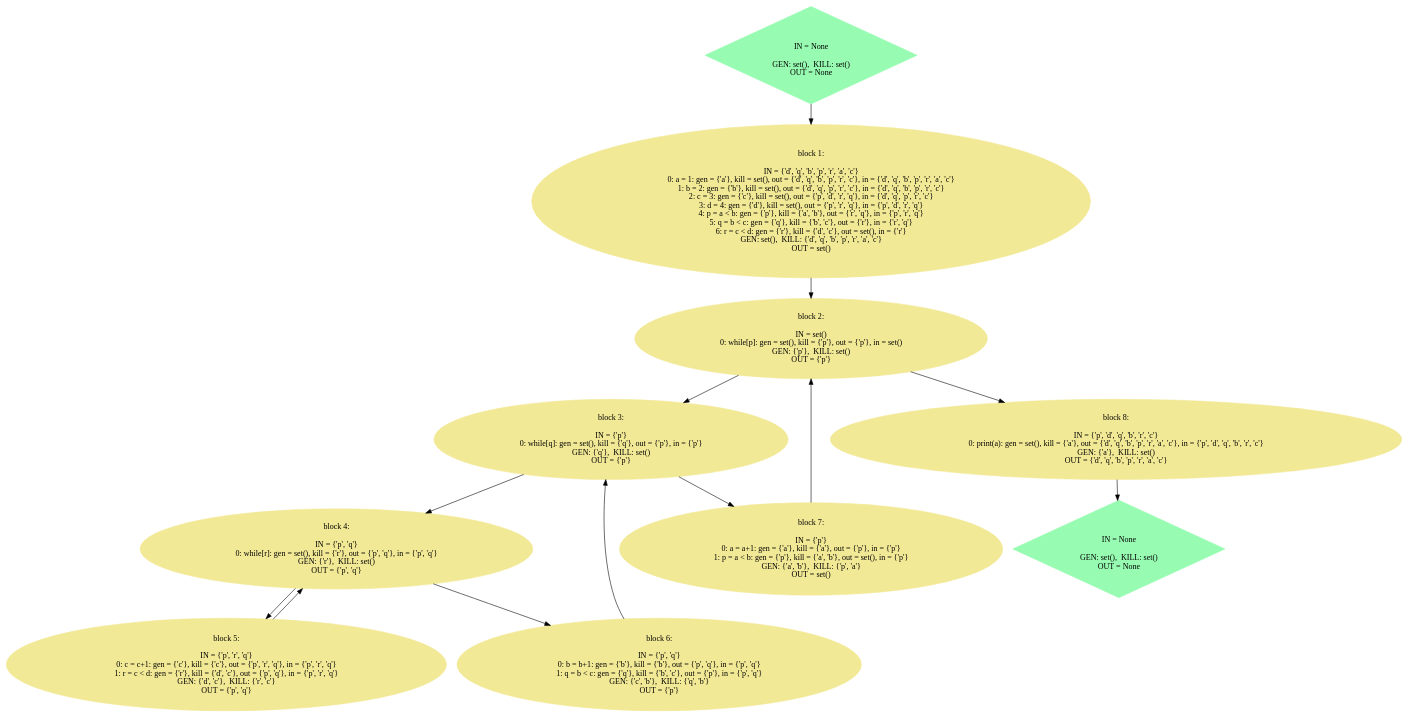
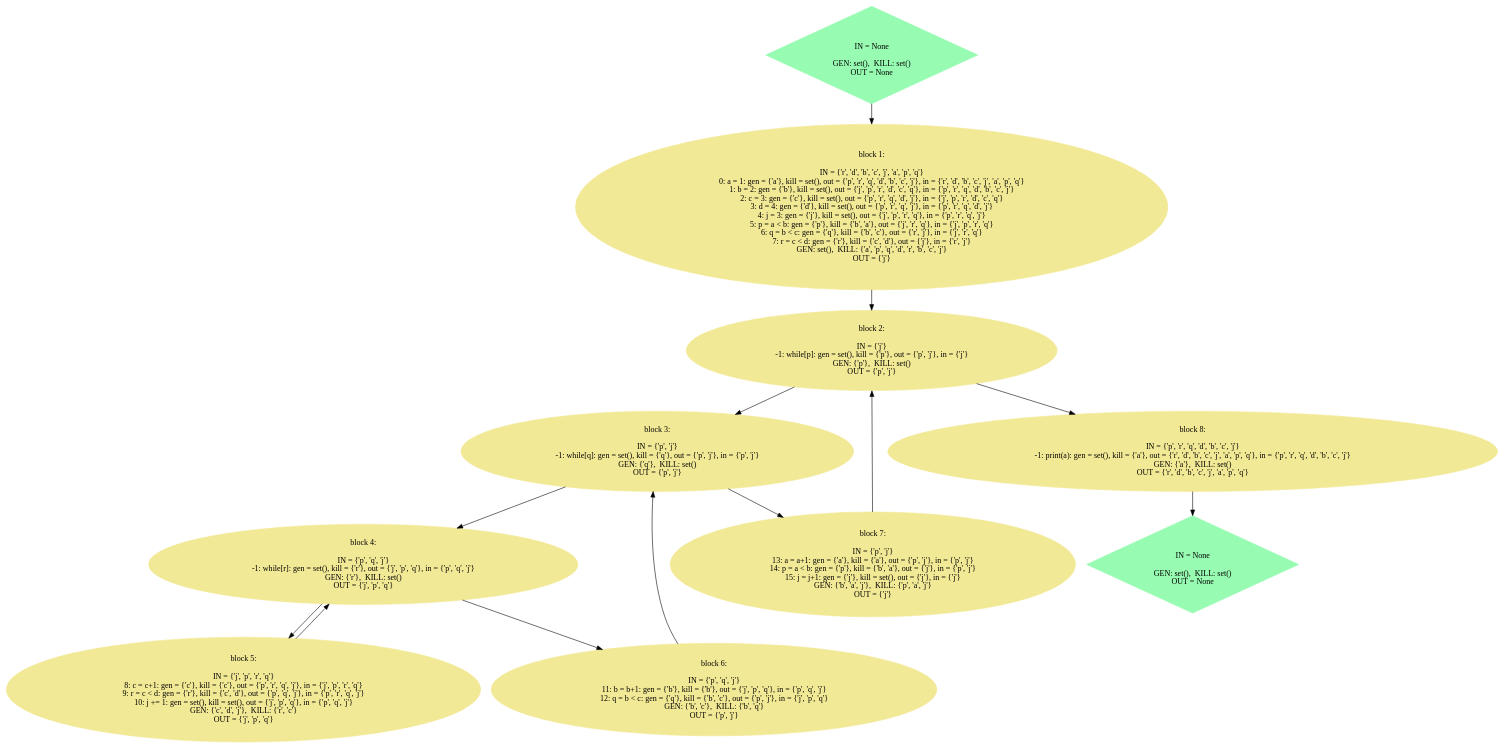
One commit to joelsunny/program-analysis changed the diagram in faintvariable/temp/test3.gv. Above: the diagram before and after it, drawn with Graphviz. The commit also changed 22 other files, not shown here.

```diff
--- a/faintvariable/temp/test3.gv
+++ b/faintvariable/temp/test3.gv
@@ -1,94 +1,97 @@
 // CFG
 digraph {
 	node [color="#97fcb2" shape=diamond style=filled]
 	0 [label="
 IN = None
 
 GEN: set(),  KILL: set() 
 OUT = None"]
 	node [color="#f2e996" shape=ellipse style=filled]
 	1 [label="block 1:
 
-IN = {'d', 'q', 'b', 'p', 'r', 'a', 'c'}
-0: a = 1: gen = {'a'}, kill = set(), out = {'d', 'q', 'b', 'p', 'r', 'c'}, in = {'d', 'q', 'b', 'p', 'r', 'a', 'c'} 
-1: b = 2: gen = {'b'}, kill = set(), out = {'d', 'q', 'p', 'r', 'c'}, in = {'d', 'q', 'b', 'p', 'r', 'c'} 
-2: c = 3: gen = {'c'}, kill = set(), out = {'p', 'd', 'r', 'q'}, in = {'d', 'q', 'p', 'r', 'c'} 
-3: d = 4: gen = {'d'}, kill = set(), out = {'p', 'r', 'q'}, in = {'p', 'd', 'r', 'q'} 
-4: p = a < b: gen = {'p'}, kill = {'a', 'b'}, out = {'r', 'q'}, in = {'p', 'r', 'q'} 
-5: q = b < c: gen = {'q'}, kill = {'b', 'c'}, out = {'r'}, in = {'r', 'q'} 
-6: r = c < d: gen = {'r'}, kill = {'d', 'c'}, out = set(), in = {'r'} 
-GEN: set(),  KILL: {'d', 'q', 'b', 'p', 'r', 'a', 'c'} 
-OUT = set()"]
+IN = {'r', 'd', 'b', 'c', 'j', 'a', 'p', 'q'}
+0: a = 1: gen = {'a'}, kill = set(), out = {'p', 'r', 'q', 'd', 'b', 'c', 'j'}, in = {'r', 'd', 'b', 'c', 'j', 'a', 'p', 'q'} 
+1: b = 2: gen = {'b'}, kill = set(), out = {'j', 'p', 'r', 'd', 'c', 'q'}, in = {'p', 'r', 'q', 'd', 'b', 'c', 'j'} 
+2: c = 3: gen = {'c'}, kill = set(), out = {'p', 'r', 'q', 'd', 'j'}, in = {'j', 'p', 'r', 'd', 'c', 'q'} 
+3: d = 4: gen = {'d'}, kill = set(), out = {'p', 'r', 'q', 'j'}, in = {'p', 'r', 'q', 'd', 'j'} 
+4: j = 3: gen = {'j'}, kill = set(), out = {'j', 'p', 'r', 'q'}, in = {'p', 'r', 'q', 'j'} 
+5: p = a < b: gen = {'p'}, kill = {'b', 'a'}, out = {'j', 'r', 'q'}, in = {'j', 'p', 'r', 'q'} 
+6: q = b < c: gen = {'q'}, kill = {'b', 'c'}, out = {'r', 'j'}, in = {'j', 'r', 'q'} 
+7: r = c < d: gen = {'r'}, kill = {'c', 'd'}, out = {'j'}, in = {'r', 'j'} 
+GEN: set(),  KILL: {'a', 'p', 'q', 'd', 'r', 'b', 'c', 'j'} 
+OUT = {'j'}"]
 	node [color="#f2e996" shape=ellipse style=filled]
 	2 [label="block 2:
 
-IN = set()
-0: while[p]: gen = set(), kill = {'p'}, out = {'p'}, in = set() 
+IN = {'j'}
+-1: while[p]: gen = set(), kill = {'p'}, out = {'p', 'j'}, in = {'j'} 
 GEN: {'p'},  KILL: set() 
-OUT = {'p'}"]
+OUT = {'p', 'j'}"]
 	node [color="#f2e996" shape=ellipse style=filled]
 	3 [label="block 3:
 
-IN = {'p'}
-0: while[q]: gen = set(), kill = {'q'}, out = {'p'}, in = {'p'} 
+IN = {'p', 'j'}
+-1: while[q]: gen = set(), kill = {'q'}, out = {'p', 'j'}, in = {'p', 'j'} 
 GEN: {'q'},  KILL: set() 
-OUT = {'p'}"]
+OUT = {'p', 'j'}"]
 	node [color="#f2e996" shape=ellipse style=filled]
 	4 [label="block 4:
 
-IN = {'p', 'q'}
-0: while[r]: gen = set(), kill = {'r'}, out = {'p', 'q'}, in = {'p', 'q'} 
+IN = {'p', 'q', 'j'}
+-1: while[r]: gen = set(), kill = {'r'}, out = {'j', 'p', 'q'}, in = {'p', 'q', 'j'} 
 GEN: {'r'},  KILL: set() 
-OUT = {'p', 'q'}"]
+OUT = {'j', 'p', 'q'}"]
 	node [color="#f2e996" shape=ellipse style=filled]
 	5 [label="block 5:
 
-IN = {'p', 'r', 'q'}
-0: c = c+1: gen = {'c'}, kill = {'c'}, out = {'p', 'r', 'q'}, in = {'p', 'r', 'q'} 
-1: r = c < d: gen = {'r'}, kill = {'d', 'c'}, out = {'p', 'q'}, in = {'p', 'r', 'q'} 
-GEN: {'d', 'c'},  KILL: {'r', 'c'} 
-OUT = {'p', 'q'}"]
+IN = {'j', 'p', 'r', 'q'}
+8: c = c+1: gen = {'c'}, kill = {'c'}, out = {'p', 'r', 'q', 'j'}, in = {'j', 'p', 'r', 'q'} 
+9: r = c < d: gen = {'r'}, kill = {'c', 'd'}, out = {'p', 'q', 'j'}, in = {'p', 'r', 'q', 'j'} 
+10: j += 1: gen = set(), kill = set(), out = {'j', 'p', 'q'}, in = {'p', 'q', 'j'} 
+GEN: {'c', 'd', 'j'},  KILL: {'r', 'c'} 
+OUT = {'j', 'p', 'q'}"]
 	node [color="#f2e996" shape=ellipse style=filled]
 	6 [label="block 6:
 
-IN = {'p', 'q'}
-0: b = b+1: gen = {'b'}, kill = {'b'}, out = {'p', 'q'}, in = {'p', 'q'} 
-1: q = b < c: gen = {'q'}, kill = {'b', 'c'}, out = {'p'}, in = {'p', 'q'} 
-GEN: {'c', 'b'},  KILL: {'q', 'b'} 
-OUT = {'p'}"]
+IN = {'p', 'q', 'j'}
+11: b = b+1: gen = {'b'}, kill = {'b'}, out = {'j', 'p', 'q'}, in = {'p', 'q', 'j'} 
+12: q = b < c: gen = {'q'}, kill = {'b', 'c'}, out = {'p', 'j'}, in = {'j', 'p', 'q'} 
+GEN: {'b', 'c'},  KILL: {'b', 'q'} 
+OUT = {'p', 'j'}"]
 	node [color="#f2e996" shape=ellipse style=filled]
 	7 [label="block 7:
 
-IN = {'p'}
-0: a = a+1: gen = {'a'}, kill = {'a'}, out = {'p'}, in = {'p'} 
-1: p = a < b: gen = {'p'}, kill = {'a', 'b'}, out = set(), in = {'p'} 
-GEN: {'a', 'b'},  KILL: {'p', 'a'} 
-OUT = set()"]
+IN = {'p', 'j'}
+13: a = a+1: gen = {'a'}, kill = {'a'}, out = {'p', 'j'}, in = {'p', 'j'} 
+14: p = a < b: gen = {'p'}, kill = {'b', 'a'}, out = {'j'}, in = {'p', 'j'} 
+15: j = j+1: gen = {'j'}, kill = set(), out = {'j'}, in = {'j'} 
+GEN: {'b', 'a', 'j'},  KILL: {'p', 'a', 'j'} 
+OUT = {'j'}"]
 	node [color="#f2e996" shape=ellipse style=filled]
 	8 [label="block 8:
 
-IN = {'p', 'd', 'q', 'b', 'r', 'c'}
-0: print(a): gen = set(), kill = {'a'}, out = {'d', 'q', 'b', 'p', 'r', 'a', 'c'}, in = {'p', 'd', 'q', 'b', 'r', 'c'} 
+IN = {'p', 'r', 'q', 'd', 'b', 'c', 'j'}
+-1: print(a): gen = set(), kill = {'a'}, out = {'r', 'd', 'b', 'c', 'j', 'a', 'p', 'q'}, in = {'p', 'r', 'q', 'd', 'b', 'c', 'j'} 
 GEN: {'a'},  KILL: set() 
-OUT = {'d', 'q', 'b', 'p', 'r', 'a', 'c'}"]
+OUT = {'r', 'd', 'b', 'c', 'j', 'a', 'p', 'q'}"]
 	node [color="#f2e996" shape=ellipse style=filled]
 	node [color="#97fcb2" shape=diamond style=filled]
 	9 [label="
 IN = None
 
 GEN: set(),  KILL: set() 
 OUT = None"]
 	node [color="#f2e996" shape=ellipse style=filled]
 	0 -> 1
 	1 -> 2
 	2 -> 3
 	2 -> 8
 	3 -> 4
 	3 -> 7
 	4 -> 5
 	4 -> 6
 	5 -> 4
 	6 -> 3
 	7 -> 2
 	8 -> 9
 }
```
